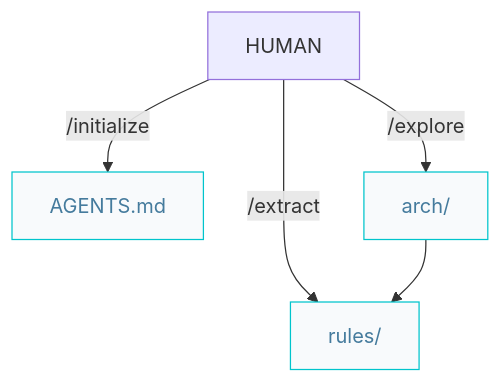
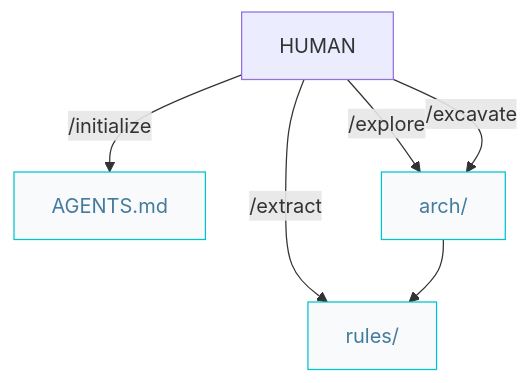
Before and after one commit to AIDDbot/AIDDbot: the second of 2 diagrams in docs/architect.pipelines.md, drawn with Mermaid. The commit also changed other lines of this file and 23 other files, not shown here.

````diff
--- a/docs/architect.pipelines.md
+++ b/docs/architect.pipelines.md
@@ -23,14 +23,15 @@
 ```mermaid
 flowchart TD  
   HUM[HUMAN]
   AGT["AGENTS.md"]:::nd
   ARC["arch/"]:::nd
   RUL["rules/"]:::nd
 
   HUM -->|/initialize| AGT
   HUM -->|/explore| ARC
+  HUM -->|/excavate| ARC
   HUM -->|/extract| RUL
   ARC --> RUL
 
   classDef nd fill:#f8fafc,stroke:#00c4cc,color:#457b9d
 ```
````
